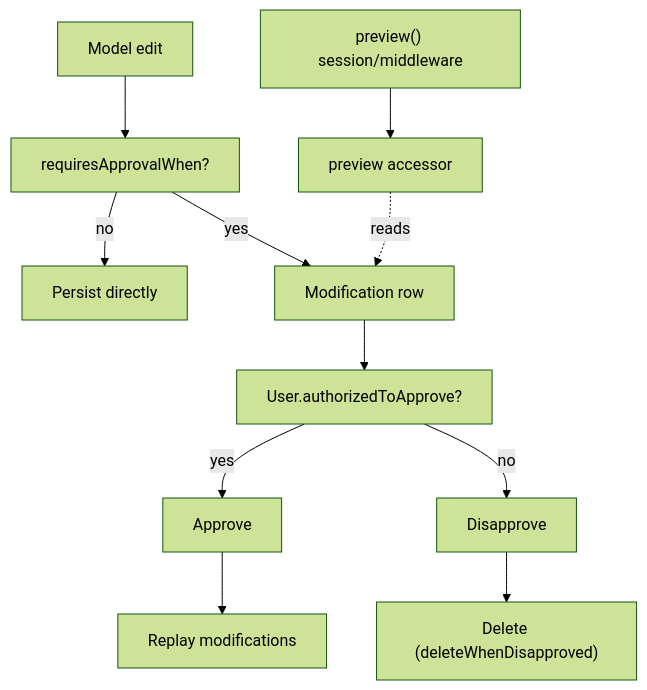
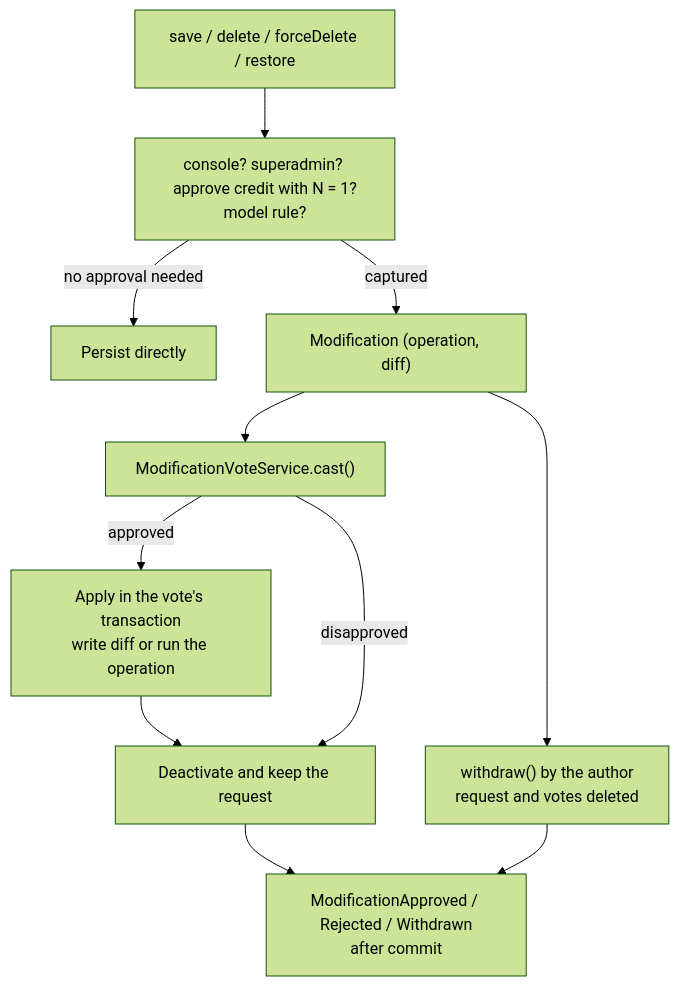
The sixth of 14 diagrams in docs/rag/MODULE.md (swolley/laraplate-core), drawn with Mermaid (forest theme) before and after one commit. The commit also changed other lines of this file and 5 other files, not shown here.

````diff
--- a/docs/rag/MODULE.md
+++ b/docs/rag/MODULE.md
@@ -246,23 +265,22 @@
 ```mermaid
 flowchart TB
-  Edit[Model edit]
-  RequiresChk["requiresApprovalWhen?"]
+  Write["save / delete / forceDelete / restore"]
+  Gate["console? superadmin? approve credit with N = 1?<br/>model rule?"]
   ApplyDirect[Persist directly]
-  Mod[Modification row]
-  Apprv["User.authorizedToApprove?"]
-  Approve[Approve]
-  Disapp[Disapprove]
-  Apply[Replay modifications]
-  Drop["Delete (deleteWhenDisapproved)"]
-  Preview[preview accessor]
-  PreviewMid["preview() session/middleware"]
+  Mod["Modification (operation, diff)"]
+  Vote["ModificationVoteService.cast()"]
+  Apply["Apply in the vote's transaction<br/>write diff or run the operation"]
+  Keep["Deactivate and keep the request"]
+  Withdraw["withdraw() by the author<br/>request and votes deleted"]
+  Events["ModificationApproved / Rejected / Withdrawn<br/>after commit"]
 
-  Edit --> RequiresChk
-  RequiresChk -->|no| ApplyDirect
-  RequiresChk -->|yes| Mod
-  Mod --> Apprv
-  Apprv -->|yes| Approve --> Apply
-  Apprv -->|no| Disapp --> Drop
-  PreviewMid --> Preview
-  Preview -.->|reads| Mod
+  Write --> Gate
+  Gate -->|no approval needed| ApplyDirect
+  Gate -->|captured| Mod
+  Mod --> Vote
+  Vote -->|approved| Apply --> Keep
+  Vote -->|disapproved| Keep
+  Mod --> Withdraw
+  Keep --> Events
+  Withdraw --> Events
 ```
````
